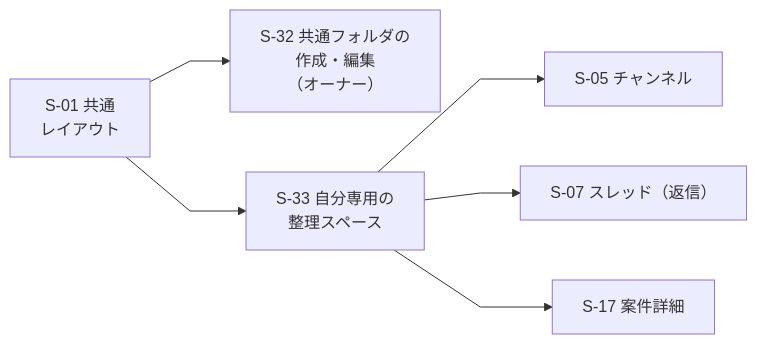
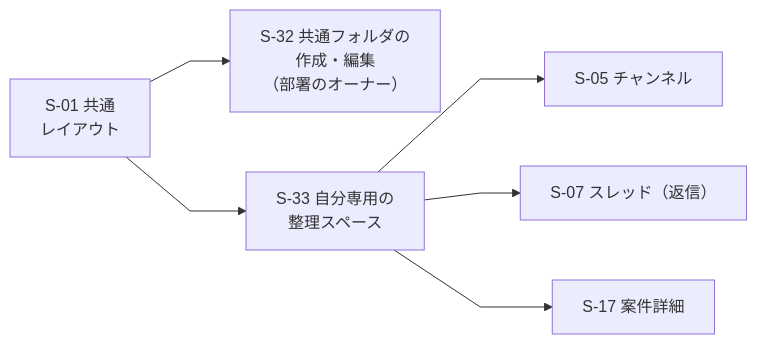
Before and after one commit to yamamotonaoki3/internal-system: the seventh of 13 diagrams in docs/requirements/screens.md, drawn with Mermaid. The commit also changed other lines of this file and 18 other files, not shown here.

````diff
--- a/docs/requirements/screens.md
+++ b/docs/requirements/screens.md
@@ -257,9 +258,9 @@
 ```mermaid
 %%{init: {"flowchart": {"nodeSpacing": 60, "rankSpacing": 80, "curve": "linear", "htmlLabels": true}}}%%
 flowchart LR
-    S01["S-01 共通<br/>レイアウト"] --> S32["S-32 共通フォルダの<br/>作成・編集<br/>（オーナー）"]
+    S01["S-01 共通<br/>レイアウト"] --> S32["S-32 共通フォルダの<br/>作成・編集<br/>（部署のオーナー）"]
     S01 --> S33["S-33 自分専用の<br/>整理スペース"]
     S33 --> S05["S-05 チャンネル"]
     S33 --> S07["S-07 スレッド（返信）"]
     S33 --> S17["S-17 案件詳細"]
 ```
````
